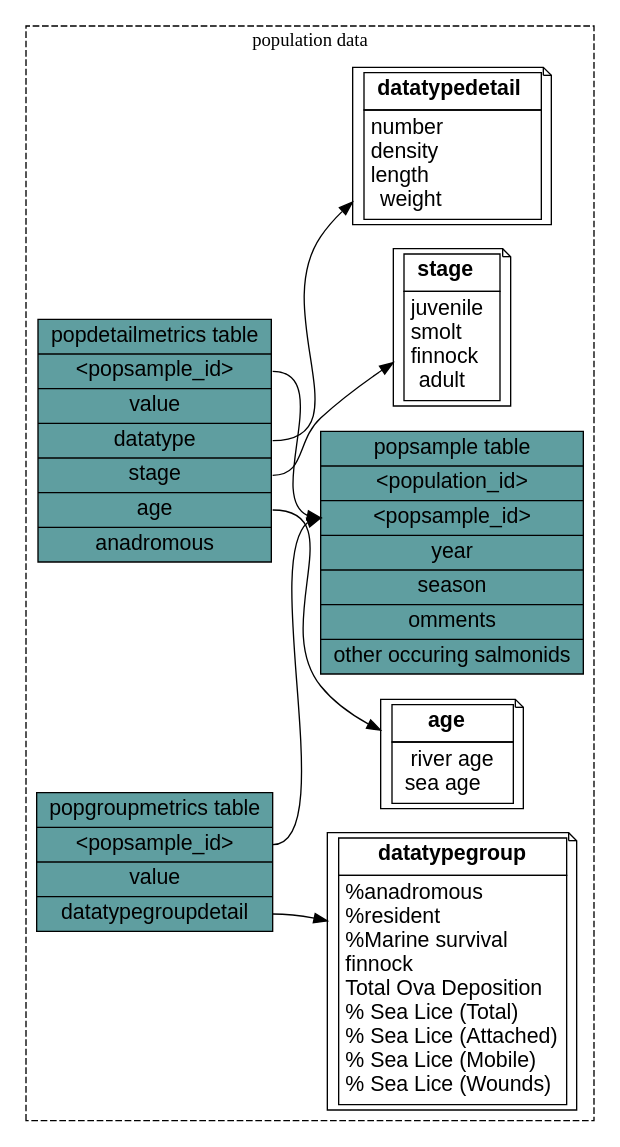
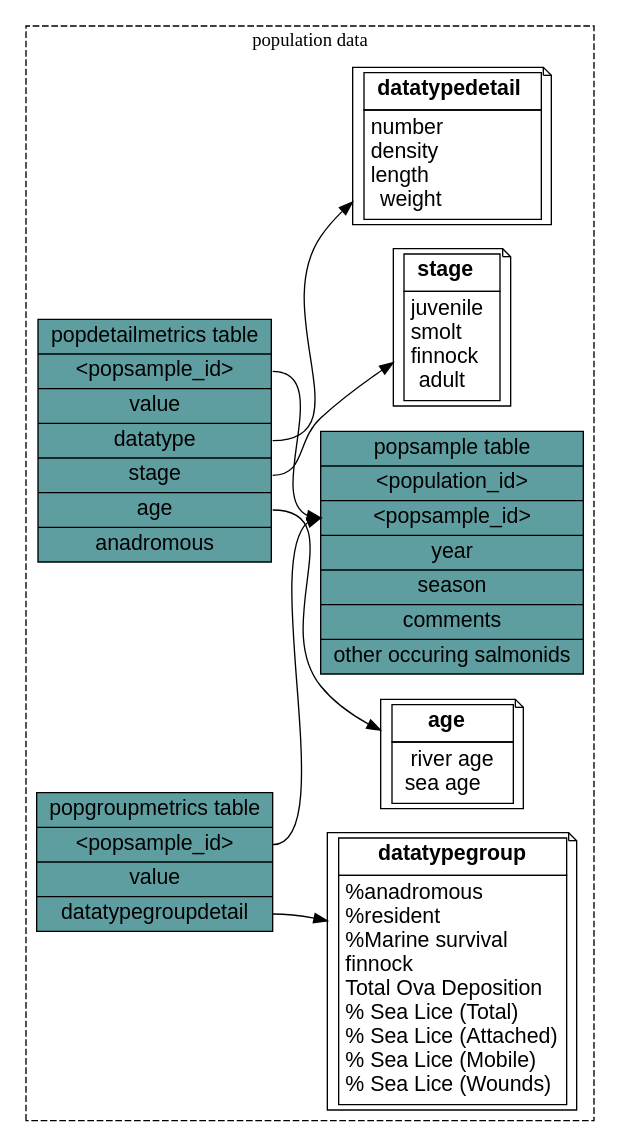
Before and after one commit to DIASPARAproject/WP3_migdb: the second of 4 diagrams in R/wgtrutta_database_description.qmd, drawn with Graphviz. The commit also changed other lines of this file and 1 other file, not shown here.

```diff
--- a/R/wgtrutta_database_description.qmd
+++ b/R/wgtrutta_database_description.qmd
@@ -286,7 +330,7 @@
 <f1> \<popsample_id\> |
 year |
 season |
-omments |
+comments |
 other occuring salmonids"
 ];
    
```
